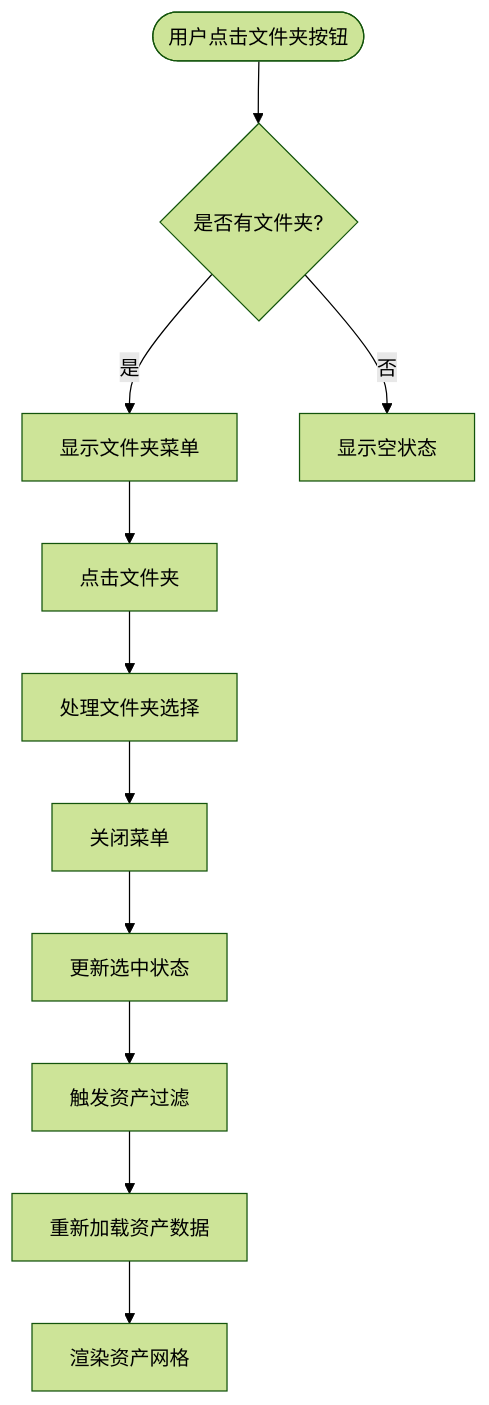
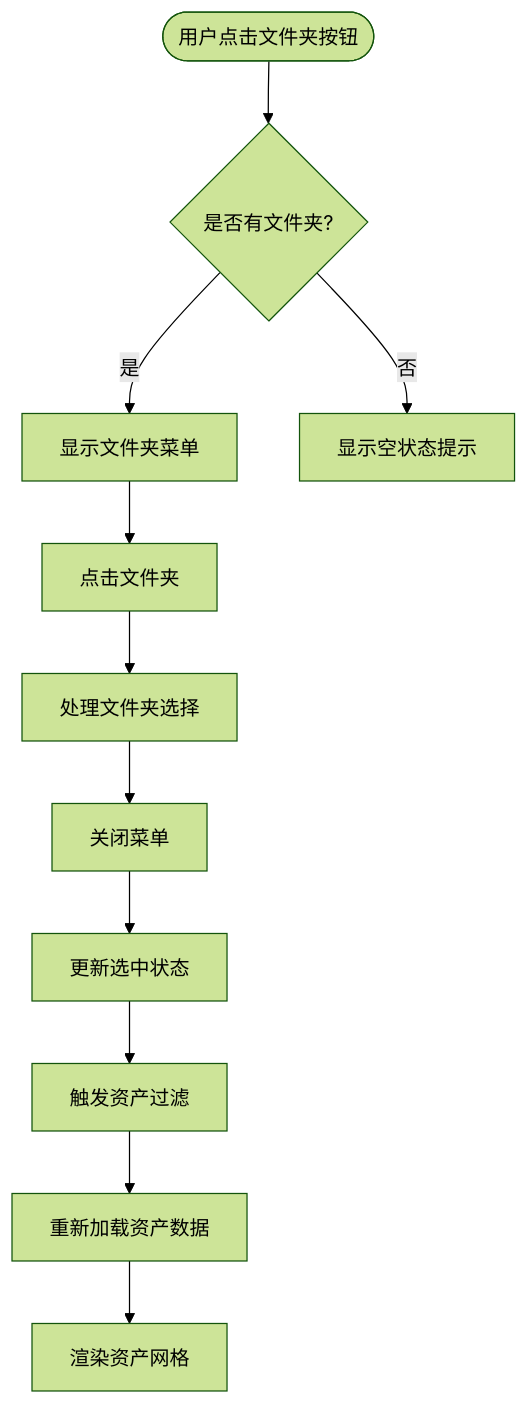
One commit to lyl2021/waoowaoo changed the third of 5 diagrams in .qoder/repowiki/zh/content/前端组件架构/工作区组件/资产管理组件.md. Above: the diagram before and after it, drawn with Mermaid (forest theme). The commit also changed other lines of this file and 20 other files, not shown here.

````diff
--- a/.qoder/repowiki/zh/content/前端组件架构/工作区组件/资产管理组件.md
+++ b/.qoder/repowiki/zh/content/前端组件架构/工作区组件/资产管理组件.md
@@ -307,13 +327,13 @@
 ```mermaid
 flowchart TD
 Start(["用户点击文件夹按钮"]) --> CheckFolders{"是否有文件夹?"}
 CheckFolders --> |是| ShowMenu["显示文件夹菜单"]
-CheckFolders --> |否| ShowEmpty["显示空状态"]
+CheckFolders --> |否| ShowEmpty["显示空状态提示"]
 ShowMenu --> ClickFolder["点击文件夹"]
 ClickFolder --> HandleSelect["处理文件夹选择"]
 HandleSelect --> CloseMenu["关闭菜单"]
 CloseMenu --> UpdateState["更新选中状态"]
 UpdateState --> TriggerFilter["触发资产过滤"]
 TriggerFilter --> ReloadAssets["重新加载资产数据"]
 ReloadAssets --> RenderGrid["渲染资产网格"]
 ```
````
